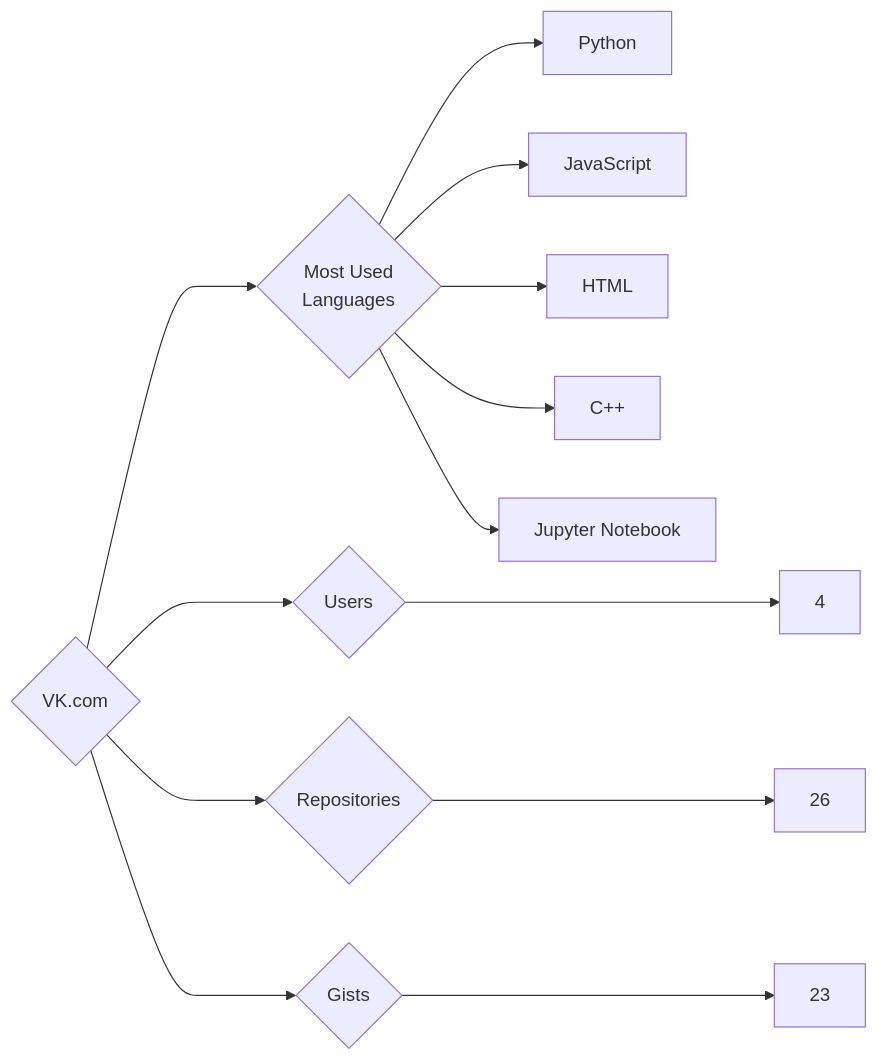
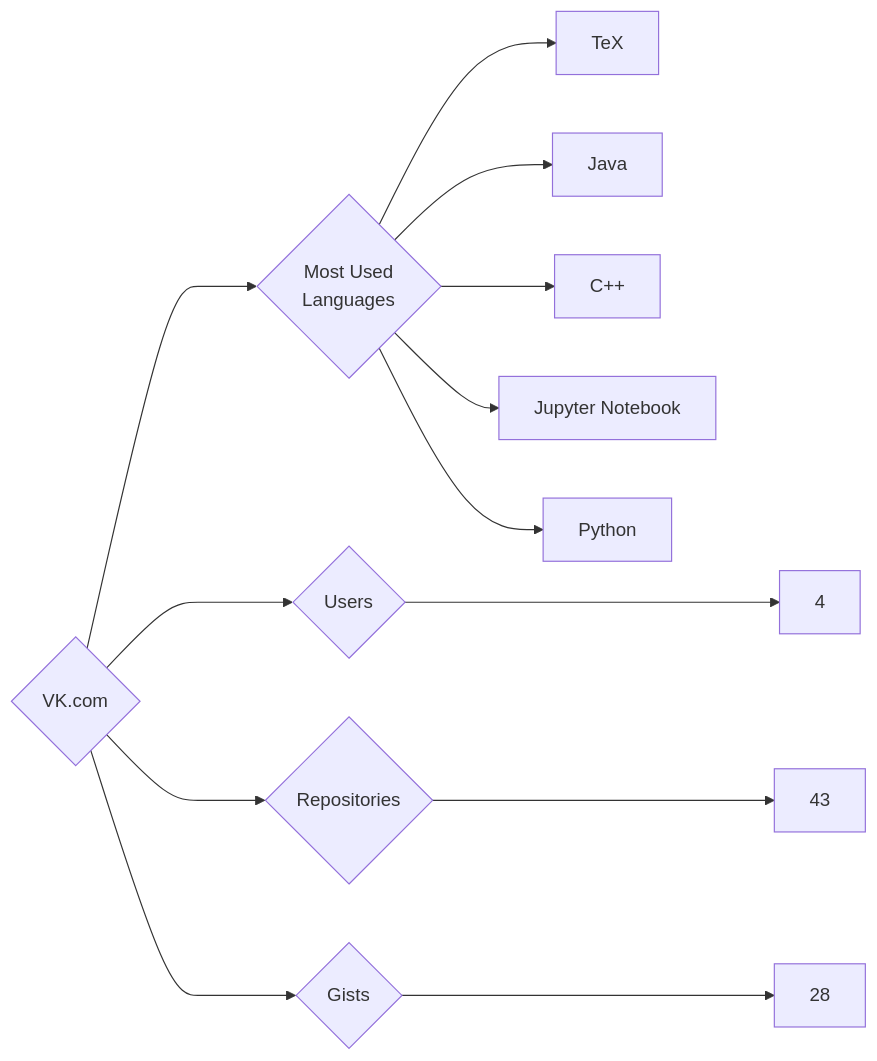
The diagram in targets/VK.com/README.md (trickest/insiders), drawn with Mermaid before and after one commit. The commit also changed 903 other files, not shown here.

````diff
--- a/targets/VK.com/README.md
+++ b/targets/VK.com/README.md
@@ -3,13 +3,13 @@
 ```mermaid
 graph LR
 COMPANY_NAME{VK.com}
 COMPANY_NAME ---> U{Users} ---> UN[4]
-COMPANY_NAME ---> R{Repositories} ---> RN[26]
-COMPANY_NAME ---> G{Gists} ---> GN[23]
+COMPANY_NAME ---> R{Repositories} ---> RN[43]
+COMPANY_NAME ---> G{Gists} ---> GN[28]
 COMPANY_NAME ---> ML{Most Used<br>Languages}
-ML --> Python[Python]
-ML --> JavaScript[JavaScript]
-ML --> HTML[HTML]
+ML --> TeX[TeX]
+ML --> Java[Java]
 ML --> C++[C++]
 ML --> Jupyter_Notebook[Jupyter Notebook]
+ML --> Python[Python]
 ```
````
